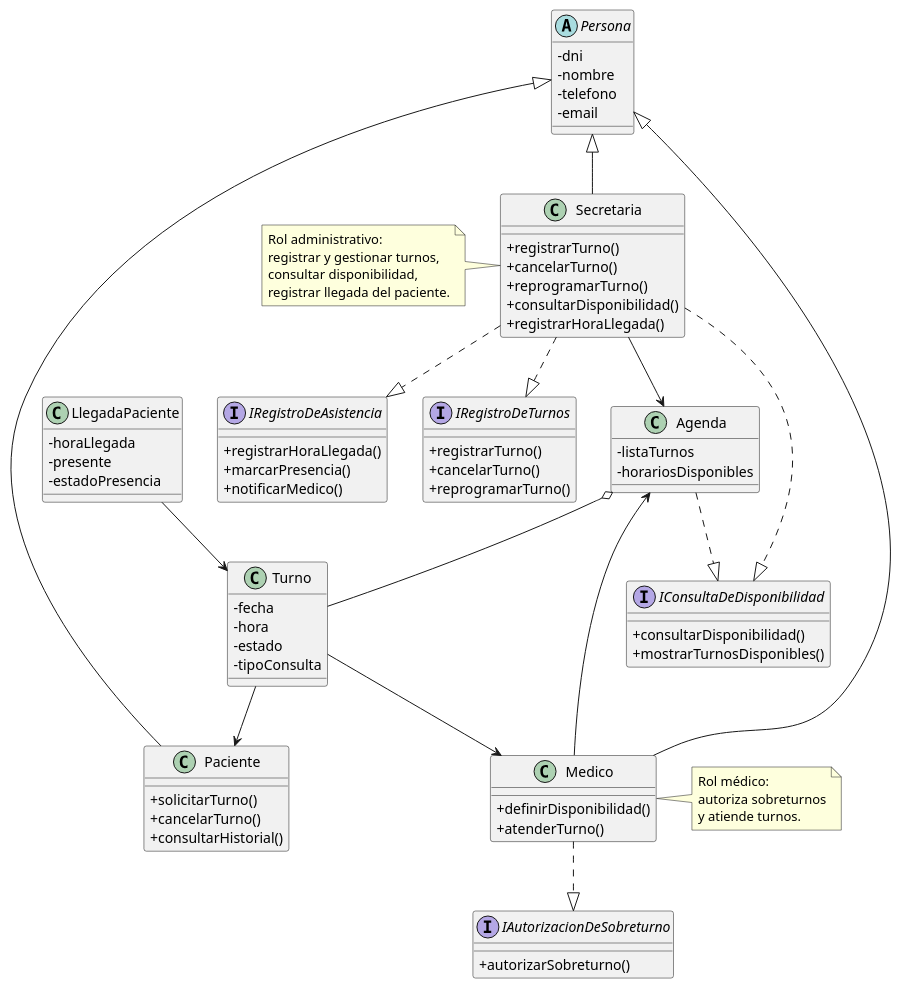
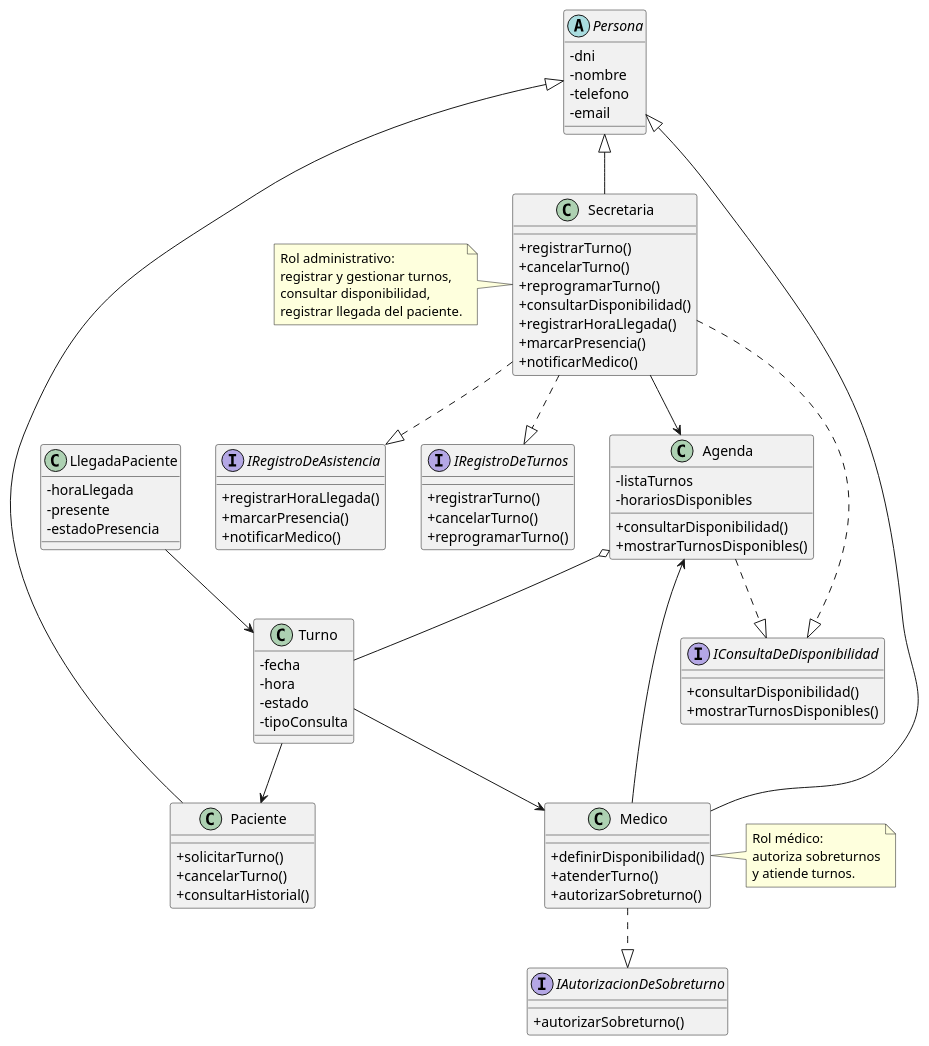
The diagram in diagramas/01-diagrama-clases/01-solid-04-isp.puml (angelgc9107-lgtm/SistemaTurnosMedicos_GP6), drawn with PlantUML before and after one commit. The commit also changed 2 other files, not shown here.

```diff
--- a/diagramas/01-diagrama-clases/01-solid-04-isp.puml
+++ b/diagramas/01-diagrama-clases/01-solid-04-isp.puml
@@ -1,98 +1,103 @@
 @startuml Diagramas
 skinparam classAttributeIconSize 0
 
 interface IRegistroDeTurnos {
   +registrarTurno()
   +cancelarTurno()
   +reprogramarTurno()
 }
 
 interface IConsultaDeDisponibilidad {
   +consultarDisponibilidad()
   +mostrarTurnosDisponibles()
 }
 
 interface IAutorizacionDeSobreturno {
   +autorizarSobreturno()
 }
 
 interface IRegistroDeAsistencia {
   +registrarHoraLlegada()
   +marcarPresencia()
   +notificarMedico()
 }
 
 abstract class Persona {
   -dni
   -nombre
   -telefono
   -email
 }
 
 class Paciente {
   +solicitarTurno()
   +cancelarTurno()
   +consultarHistorial()
 }
 
 class Medico {
   +definirDisponibilidad()
   +atenderTurno()
+  +autorizarSobreturno()
 }
 
 class Secretaria {
   +registrarTurno()
   +cancelarTurno()
   +reprogramarTurno()
   +consultarDisponibilidad()
   +registrarHoraLlegada()
+  +marcarPresencia()
+  +notificarMedico()
 }
 
 class Turno {
   -fecha
   -hora
   -estado
   -tipoConsulta
 }
 
 class Agenda {
   -listaTurnos
   -horariosDisponibles
+  +consultarDisponibilidad()
+  +mostrarTurnosDisponibles()
 }
 
 class LlegadaPaciente {
   -horaLlegada
   -presente
   -estadoPresencia
 }
 
 Persona <|-- Paciente
 Persona <|-- Medico
 Persona <|-- Secretaria
 Secretaria ..|> IRegistroDeTurnos
 Secretaria ..|> IConsultaDeDisponibilidad
 Secretaria ..|> IRegistroDeAsistencia
 Medico ..|> IAutorizacionDeSobreturno
 Agenda ..|> IConsultaDeDisponibilidad
 
 Agenda o-- Turno
 Turno --> Paciente
 Turno --> Medico
 LlegadaPaciente --> Turno
 Secretaria --> Agenda
 Medico --> Agenda
 
 note left of Secretaria
   Rol administrativo:
   registrar y gestionar turnos,
   consultar disponibilidad,
   registrar llegada del paciente.
 end note
 
 note right of Medico
   Rol médico:
   autoriza sobreturnos
   y atiende turnos.
 end note
 
 @enduml
```
